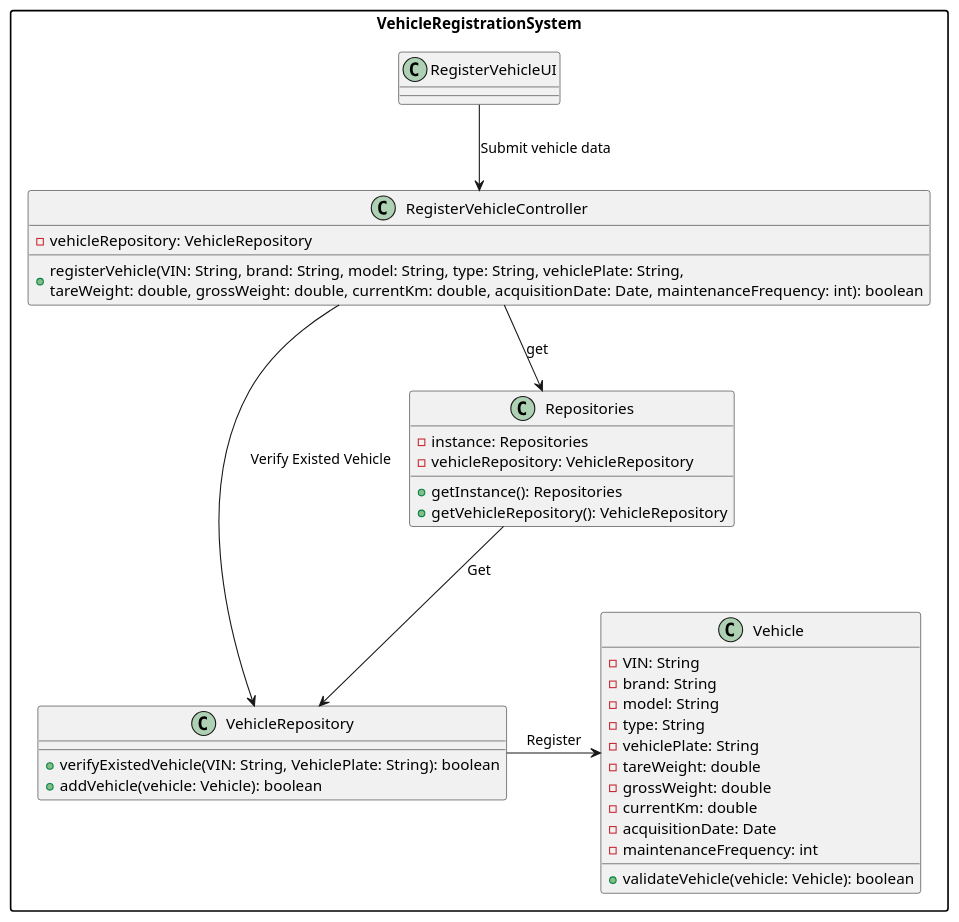
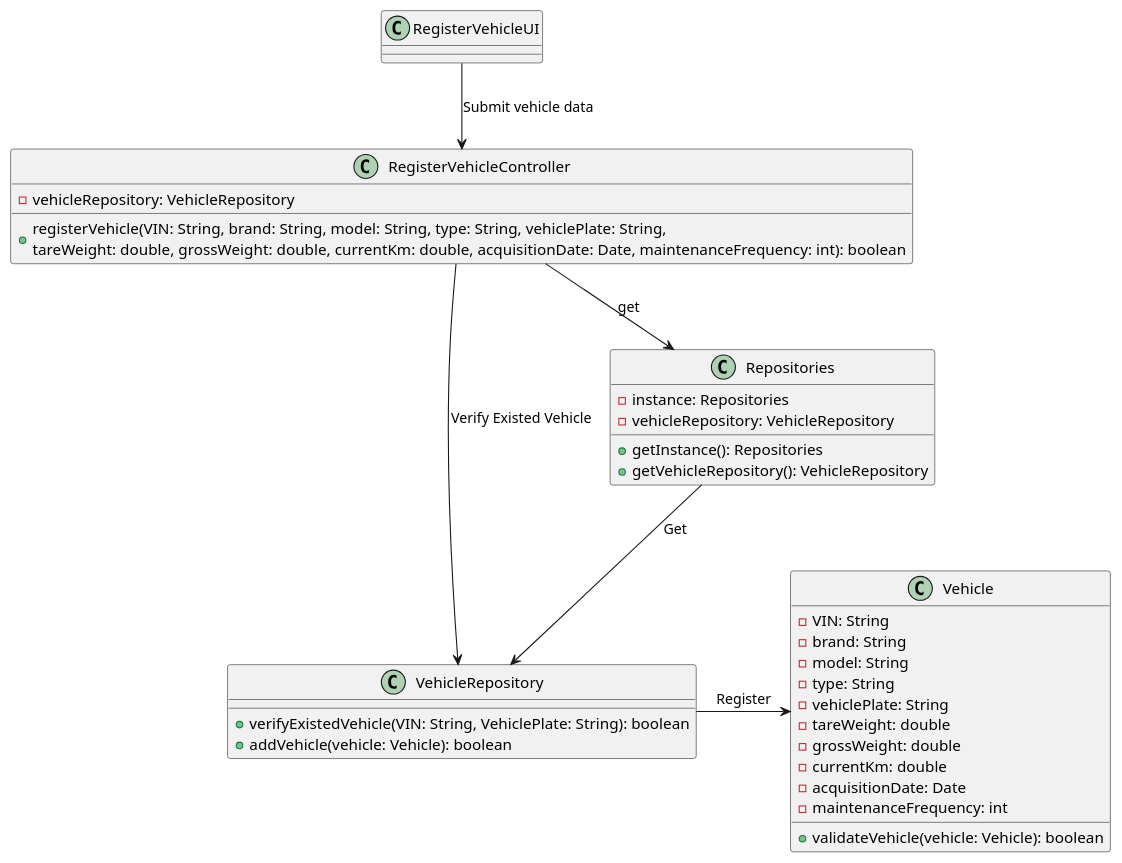
One commit to ricardomm7/leaflink changed the diagram in docs/sprintB/us006/03.design/puml/us006-class-diagram.puml. Above: the diagram before and after it, drawn with PlantUML. The commit also changed 5 other files, not shown here.

```diff
--- a/docs/sprintB/us006/03.design/puml/us006-class-diagram.puml
+++ b/docs/sprintB/us006/03.design/puml/us006-class-diagram.puml
@@ -1,50 +1,49 @@
 @startuml
 skinparam packageStyle rectangle
 skinparam shadowing false
 skinparam line type polyline
 
-package VehicleRegistrationSystem {
     class RegisterVehicleUI {
 
     }
 
     class RegisterVehicleController {
         - vehicleRepository: VehicleRepository
         + registerVehicle(VIN: String, brand: String, model: String, type: String, vehiclePlate: String, \ntareWeight: double, grossWeight: double, currentKm: double, acquisitionDate: Date, maintenanceFrequency: int): boolean
     }
 
     class Repositories {
         - instance: Repositories
         - vehicleRepository: VehicleRepository
         + getInstance(): Repositories
         + getVehicleRepository(): VehicleRepository
     }
 
     class VehicleRepository {
         + verifyExistedVehicle(VIN: String, VehiclePlate: String): boolean
         + addVehicle(vehicle: Vehicle): boolean
     }
 
     class Vehicle {
         - VIN: String
         - brand: String
         - model: String
         - type: String
         - vehiclePlate: String
         - tareWeight: double
         - grossWeight: double
         - currentKm: double
         - acquisitionDate: Date
         - maintenanceFrequency: int
 
         + validateVehicle(vehicle: Vehicle): boolean
     }
 
     RegisterVehicleUI --> RegisterVehicleController: Submit vehicle data
     RegisterVehicleController --> Repositories: get
     RegisterVehicleController --> VehicleRepository: Verify Existed Vehicle
     Repositories --> VehicleRepository: Get
     VehicleRepository -> Vehicle: Register
-}
+
 
 @enduml
```
